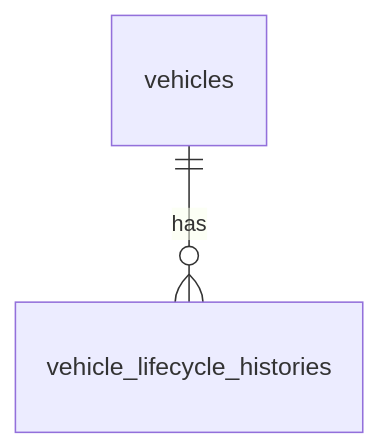
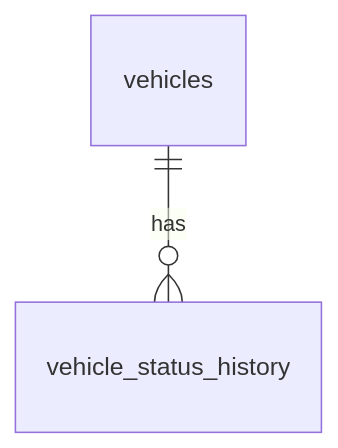
Before and after one commit to gavali123/car-rental-system: the diagram in docs/trd/database-design-car-management-lifecycle.md, drawn with Mermaid. The commit also changed other lines of this file and 1 other file, not shown here.

````diff
--- a/docs/trd/database-design-car-management-lifecycle.md
+++ b/docs/trd/database-design-car-management-lifecycle.md
@@ -14,4 +16,4 @@
 ```mermaid
 erDiagram
-    vehicles ||--o{ vehicle_lifecycle_histories : "has"
+    vehicles ||--o{ vehicle_status_history : "has"
 ```
````
